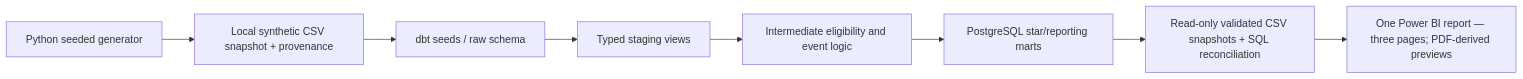
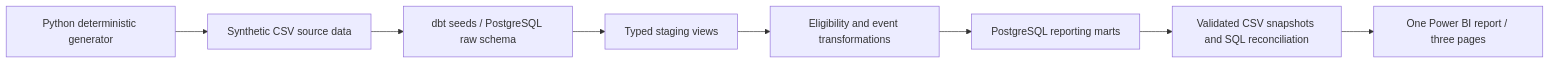
One commit to vlad12-k/membership-metrics-lab changed the diagram in README.md. Above: the diagram before and after it, drawn with Mermaid. The commit also changed other lines of this file, not shown here.

````diff
--- a/README.md
+++ b/README.md
@@ -15,10 +57,10 @@
 ```mermaid
 flowchart LR
-  G[Python seeded generator] --> CSV[Local synthetic CSV snapshot + provenance]
-  CSV --> S[dbt seeds / raw schema]
-  S --> STG[Typed staging views]
-  STG --> INT[Intermediate eligibility and event logic]
-  INT --> MART[PostgreSQL star/reporting marts]
-  MART --> SNAP[Read-only validated CSV snapshots + SQL reconciliation]
-  SNAP --> BI[One Power BI report — three pages; PDF-derived previews]
+  GEN[Python deterministic generator] --> CSV[Synthetic CSV source data]
+  CSV --> SEED[dbt seeds / PostgreSQL raw schema]
+  SEED --> STG[Typed staging views]
+  STG --> INT[Eligibility and event transformations]
+  INT --> MART[PostgreSQL reporting marts]
+  MART --> SNAP[Validated CSV snapshots and SQL reconciliation]
+  SNAP --> PBI[One Power BI report / three pages]
 ```
````
